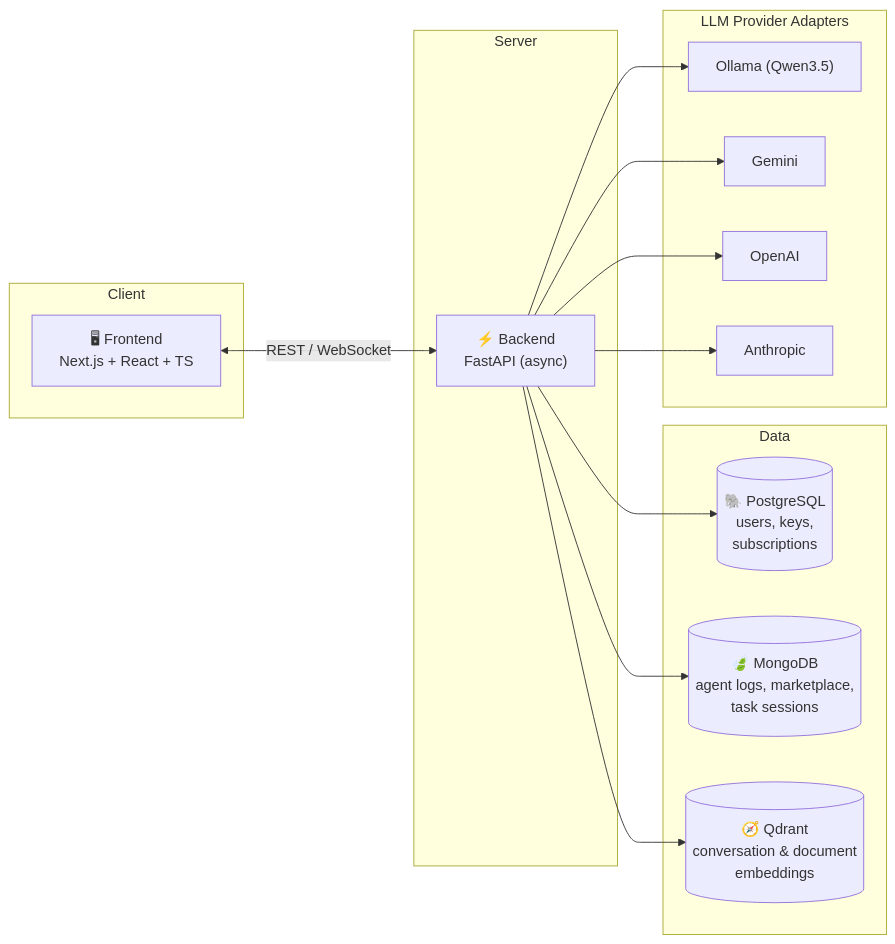
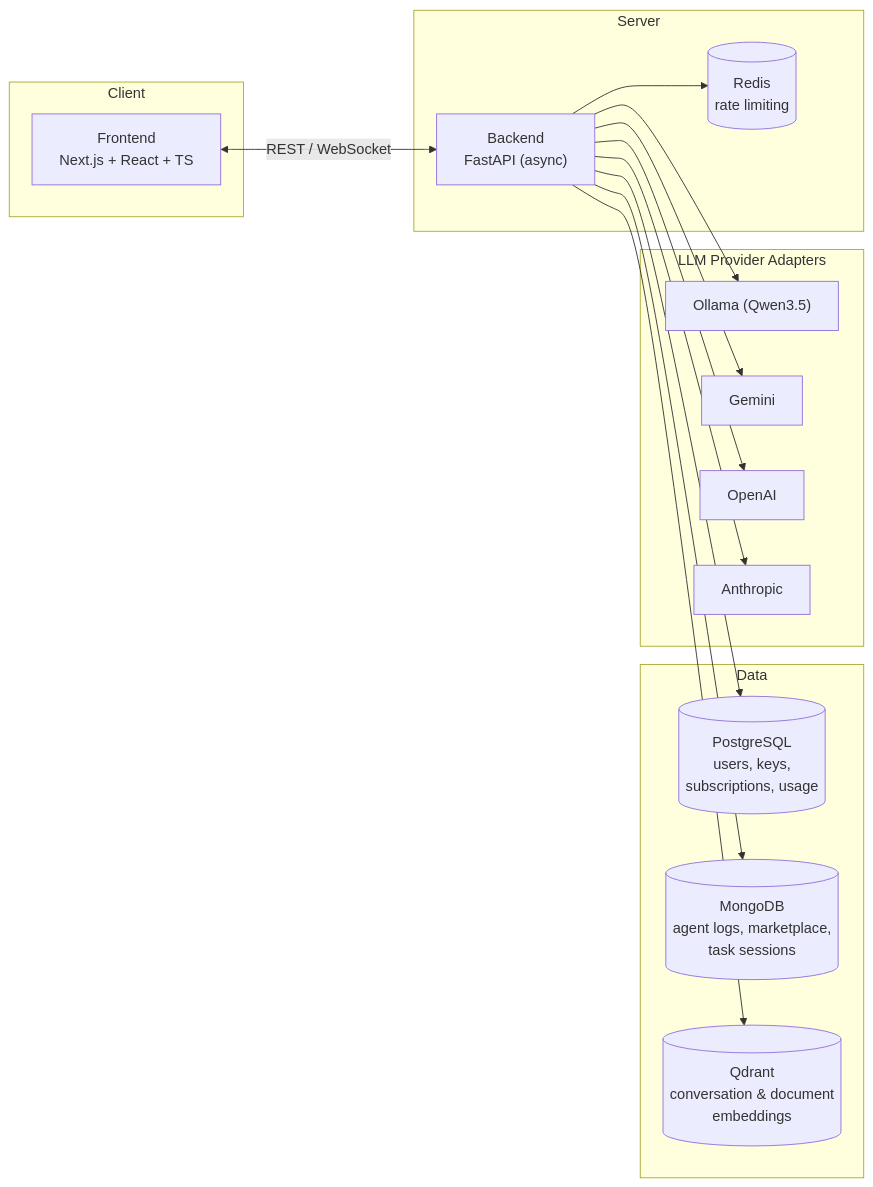
One commit to Yigtwxx/Maestro changed the third of 3 diagrams in README.md. Above: the diagram before and after it, drawn with Mermaid. The commit also changed other lines of this file, not shown here.

````diff
--- a/README.md
+++ b/README.md
@@ -125,29 +108,31 @@
 ```mermaid
 flowchart LR
     subgraph Client
-        FE["🖥 Frontend<br/>Next.js + React + TS"]
+        FE["Frontend<br/>Next.js + React + TS"]
     end
     subgraph Server
-        BE["⚡ Backend<br/>FastAPI (async)"]
+        BE["Backend<br/>FastAPI (async)"]
+        RD[("Redis<br/>rate limiting")]
     end
     subgraph Data
-        PG[("🐘 PostgreSQL<br/>users, keys,<br/>subscriptions")]
-        MG[("🍃 MongoDB<br/>agent logs, marketplace,<br/>task sessions")]
-        QD[("🧭 Qdrant<br/>conversation & document<br/>embeddings")]
+        PG[("PostgreSQL<br/>users, keys,<br/>subscriptions, usage")]
+        MG[("MongoDB<br/>agent logs, marketplace,<br/>task sessions")]
+        QD[("Qdrant<br/>conversation &amp; document<br/>embeddings")]
     end
     subgraph Providers["LLM Provider Adapters"]
         OL["Ollama (Qwen3.5)"]
         GM["Gemini"]
         OA["OpenAI"]
         AN["Anthropic"]
     end
 
     FE <-- "REST / WebSocket" --> BE
+    BE --> RD
     BE --> PG
     BE --> MG
     BE --> QD
     BE --> OL
     BE --> GM
     BE --> OA
     BE --> AN
 ```
````
